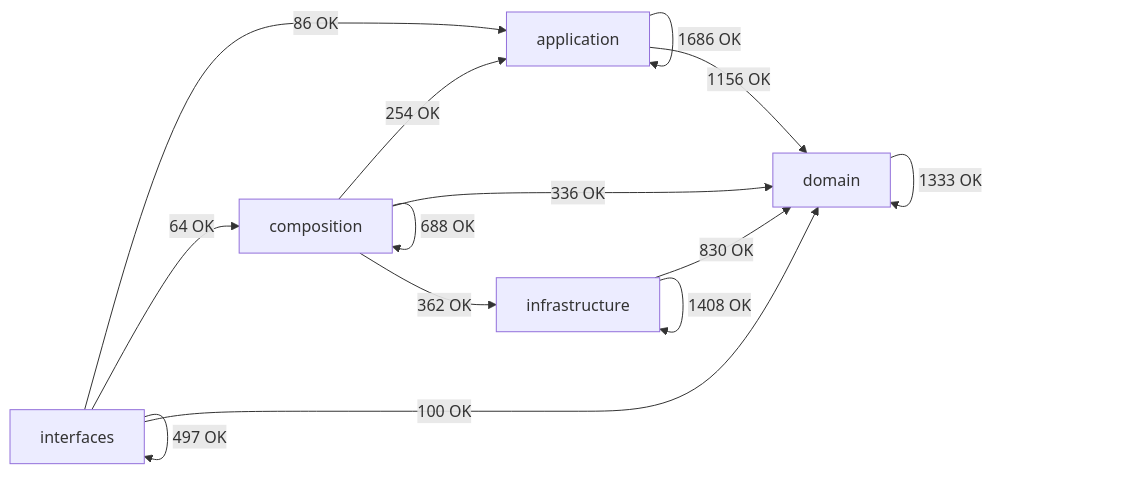
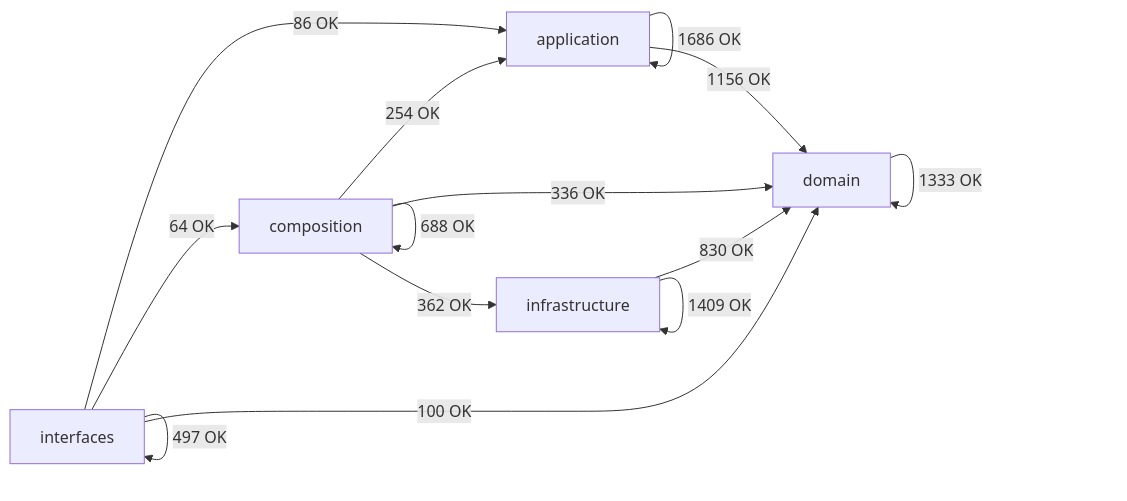
Before and after one commit to SatoryKono/BioactivityDataAcquisition: the diagram in docs/02-architecture/generated/module-dependency-map.md, drawn with Mermaid. The commit also changed other lines of this file and 9 other files, not shown here.

````diff
--- a/docs/02-architecture/generated/module-dependency-map.md
+++ b/docs/02-architecture/generated/module-dependency-map.md
@@ -17,21 +17,21 @@
 ```mermaid
 flowchart LR
     domain[domain]
     application[application]
     infrastructure[infrastructure]
     composition[composition]
     interfaces[interfaces]
     application -->|1686 OK| application
     application -->|1156 OK| domain
     composition -->|254 OK| application
     composition -->|688 OK| composition
     composition -->|336 OK| domain
     composition -->|362 OK| infrastructure
     domain -->|1333 OK| domain
     infrastructure -->|830 OK| domain
-    infrastructure -->|1408 OK| infrastructure
+    infrastructure -->|1409 OK| infrastructure
     interfaces -->|86 OK| application
     interfaces -->|64 OK| composition
     interfaces -->|100 OK| domain
     interfaces -->|497 OK| interfaces
 ```
````
